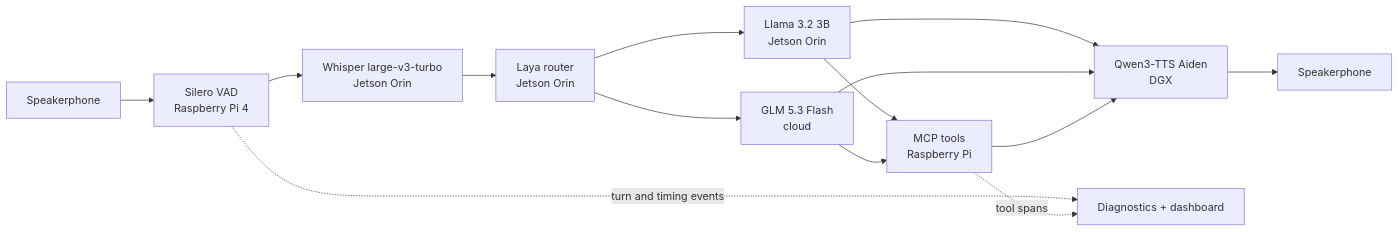
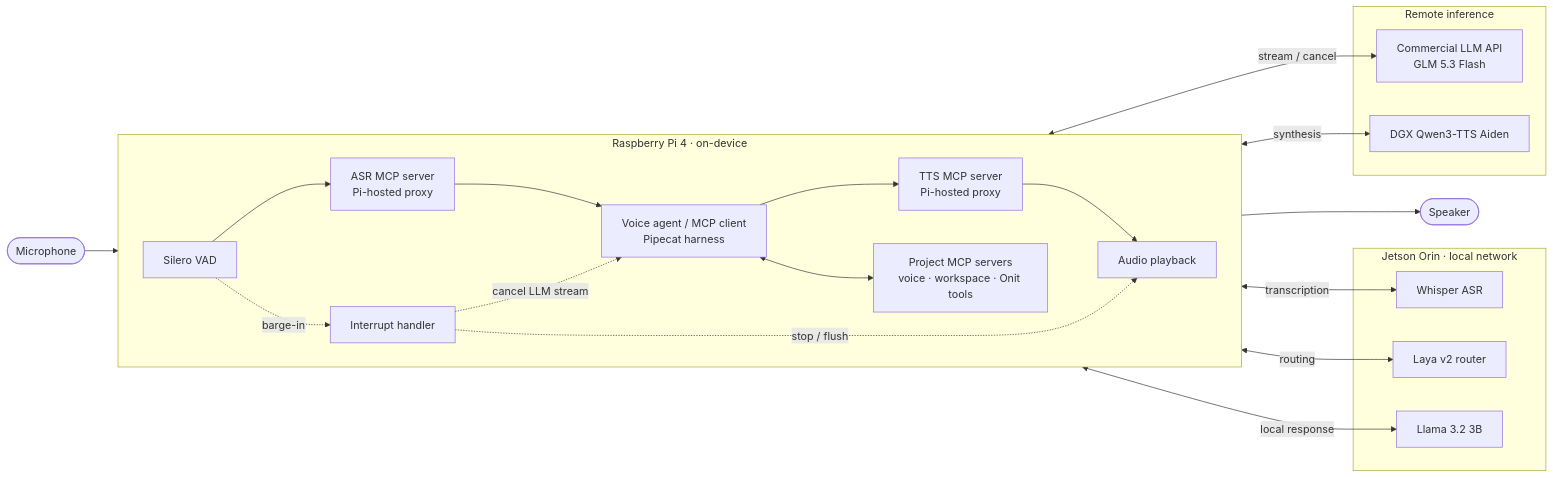
One commit to awifresnido/aaf-ai231-me3 changed the diagram in README.md. Above: the diagram before and after it, drawn with Mermaid. The commit also changed other lines of this file, not shown here.

Commit message:
Clarify Pi MCP and interruption architecture

````diff
--- a/README.md
+++ b/README.md
@@ -9,16 +9,30 @@
 ```mermaid
 flowchart LR
-    Mic[Speakerphone] --> VAD[Silero VAD<br/>Raspberry Pi 4]
-    VAD --> ASR[Whisper large-v3-turbo<br/>Jetson Orin]
-    ASR --> Router[Laya router<br/>Jetson Orin]
-    Router --> Local[Llama 3.2 3B<br/>Jetson Orin]
-    Router --> Cloud[GLM 5.3 Flash<br/>cloud]
-    Local --> Tools[MCP tools<br/>Raspberry Pi]
-    Cloud --> Tools
-    Local --> TTS[Qwen3-TTS Aiden<br/>DGX]
-    Cloud --> TTS
-    Tools --> TTS
-    TTS --> Speaker[Speakerphone]
-    VAD -. turn and timing events .-> Obs[Diagnostics + dashboard]
-    Tools -. tool spans .-> Obs
+    Mic([Microphone]) --> VAD
+    subgraph PI["Raspberry Pi 4 · on-device"]
+        direction LR
+        VAD["Silero VAD"] --> ASRMCP["ASR MCP server<br/>Pi-hosted proxy"]
+        ASRMCP --> Agent["Voice agent / MCP client<br/>Pipecat harness"]
+        Agent --> TTSMCP["TTS MCP server<br/>Pi-hosted proxy"]
+        TTSMCP --> Playback["Audio playback"]
+        Agent <--> ToolMCP["Project MCP servers<br/>voice · workspace · Onit tools"]
+        VAD -. "barge-in" .-> Cancel["Interrupt handler"]
+        Cancel -. "stop / flush" .-> Playback
+        Cancel -. "cancel LLM stream" .-> Agent
+    end
+    Playback --> Speaker([Speaker])
+    subgraph EDGE["Jetson Orin · local network"]
+        ASRModel["Whisper ASR"]
+        Router["Laya v2 router"]
+        LocalLLM["Llama 3.2 3B"]
+    end
+    subgraph REMOTE["Remote inference"]
+        CloudLLM["Commercial LLM API<br/>GLM 5.3 Flash"]
+        TTSModel["DGX Qwen3-TTS Aiden"]
+    end
+    ASRMCP <-->|"transcription"| ASRModel
+    Agent <-->|"routing"| Router
+    Agent <-->|"local response"| LocalLLM
+    Agent <-->|"stream / cancel"| CloudLLM
+    TTSMCP <-->|"synthesis"| TTSModel
 ```
````
